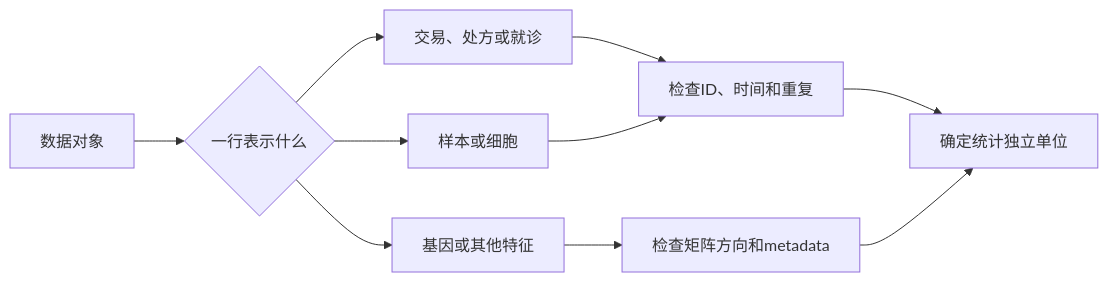
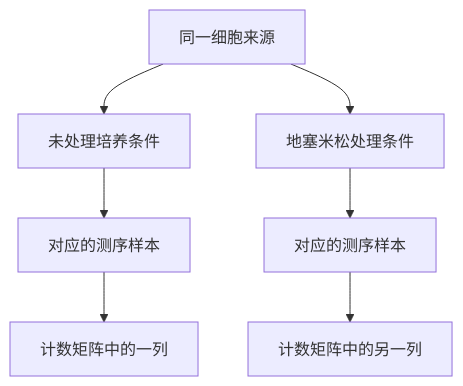
Before and after one commit to luvega/AI_MED_DataVis: the second of 2 diagrams in docs/chapters/chapter-1/index.md, drawn with Mermaid. The commit also changed other lines of this file and 2 other files, not shown here.

````diff
--- a/docs/chapters/chapter-1/index.md
+++ b/docs/chapters/chapter-1/index.md
@@ -356,12 +279,9 @@
 ```mermaid
-flowchart LR
-  A["数据对象"] --> B{"一行表示什么"}
-  B --> C["交易、处方或就诊"]
-  B --> D["样本或细胞"]
-  B --> E["基因或其他特征"]
-  C --> F["检查ID、时间和重复"]
-  D --> F
-  E --> G["检查矩阵方向和metadata"]
-  F --> H["确定统计独立单位"]
-  G --> H
+flowchart TB
+    S["同一细胞来源"] --> U["未处理培养条件"]
+    S --> T["地塞米松处理条件"]
+    U --> RU["对应的测序样本"]
+    T --> RT["对应的测序样本"]
+    RU --> CU["计数矩阵中的一列"]
+    RT --> CT["计数矩阵中的另一列"]
 ```
````
